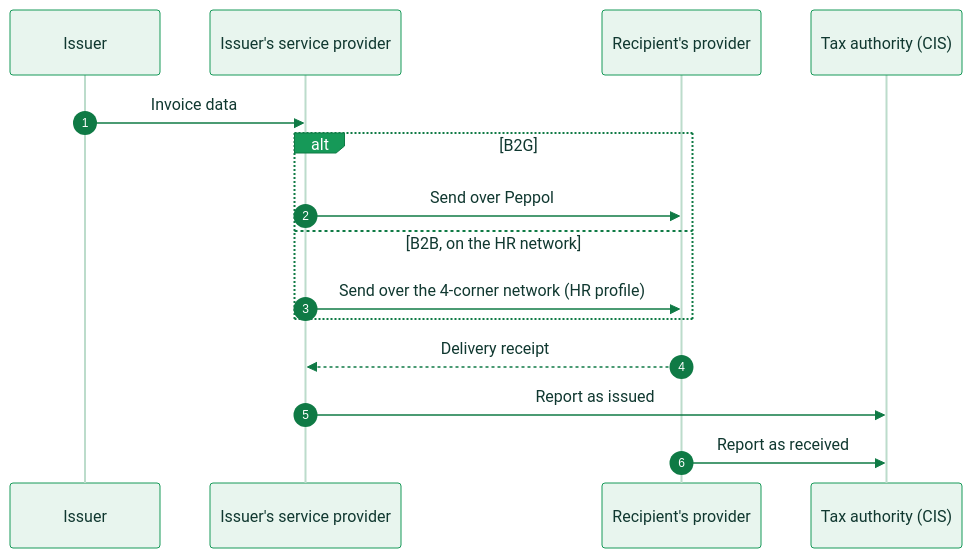
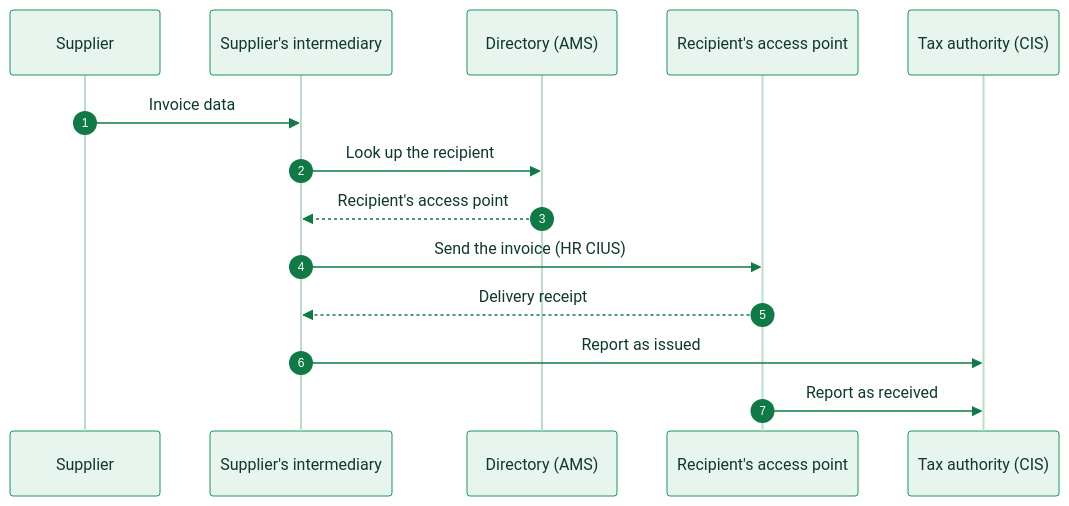
Before and after one commit to invopop/docs.invopop.com: the first of 2 diagrams in compliance/croatia.mdx, drawn with Mermaid. The commit also changed other lines of this file and 7 other files, not shown here.

````diff
--- a/compliance/croatia.mdx
+++ b/compliance/croatia.mdx
@@ -42,18 +47,17 @@
 ```mermaid actions={false}
 %%{init: {'theme':'base','themeVariables':{'actorBkg':'#e8f5ee','actorBorder':'#169958','actorTextColor':'#103830','actorLineColor':'#bcdccb','signalColor':'#0f7a45','signalTextColor':'#103830','noteBkgColor':'#ffffff','noteBorderColor':'#169958','noteTextColor':'#103830','labelBoxBkgColor':'#169958','labelBoxBorderColor':'#0f7a45','labelTextColor':'#ffffff','sequenceNumberColor':'#ffffff'}}}%%
 sequenceDiagram
     autonumber
-    participant IS as Issuer
-    participant SP as Issuer's service provider
-    participant RP as Recipient's provider
+    participant IS as Supplier
+    participant SP as Supplier's intermediary
+    participant AMS as Directory (AMS)
+    participant RP as Recipient's access point
     participant TA as Tax authority (CIS)
     IS->>SP: Invoice data
-    alt B2G
-        SP->>RP: Send over Peppol
-    else B2B, on the HR network
-        SP->>RP: Send over the 4-corner network (HR profile)
-    end
+    SP->>AMS: Look up the recipient
+    AMS-->>SP: Recipient's access point
+    SP->>RP: Send the invoice (HR CIUS)
     RP-->>SP: Delivery receipt
     SP->>TA: Report as issued
     RP->>TA: Report as received
 ```
````
